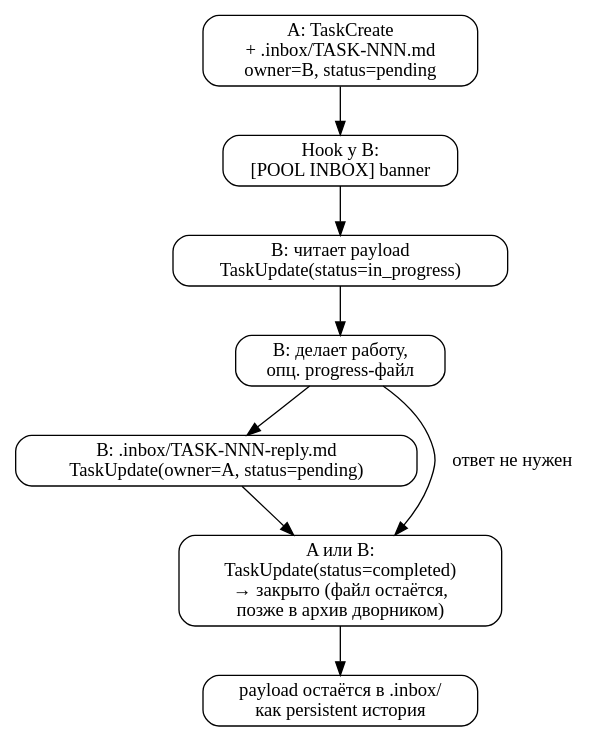
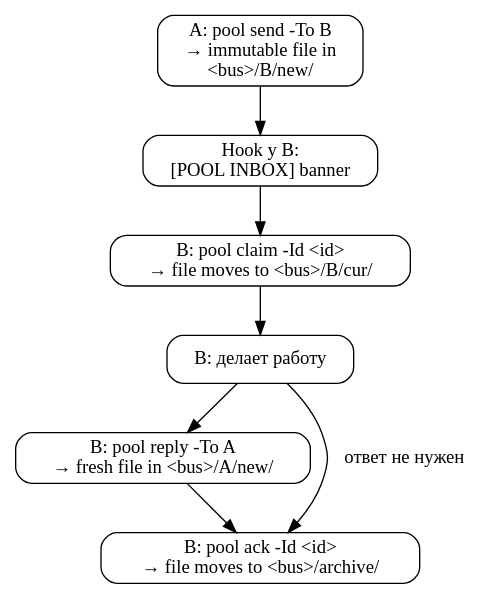
One commit to Dieugene/ai-agent-backed-project-template changed the second of 2 diagrams in docs/pool-communication.md. Above: the diagram before and after it, drawn with Graphviz. The commit also changed other lines of this file and 5 other files, not shown here.

Commit message:
docs(pool-patterns): migrate coordination docs from Tasks API to maildir pool bus

````diff
--- a/docs/pool-communication.md
+++ b/docs/pool-communication.md
@@ -593,17 +567,16 @@
 ```dot
 digraph lifecycle {
   rankdir=TB;
   node [shape=box, style=rounded];
 
-  CREATE [label="A: TaskCreate\n+ .inbox/TASK-NNN.md\nowner=B, status=pending"];
+  SEND [label="A: pool send -To B\n→ immutable file in\n<bus>/B/new/"];
   HOOK [label="Hook у B:\n[POOL INBOX] banner"];
-  ACCEPT [label="B: читает payload\nTaskUpdate(status=in_progress)"];
-  WORK [label="B: делает работу,\nопц. progress-файл"];
-  REPLY [label="B: .inbox/TASK-NNN-reply.md\nTaskUpdate(owner=A, status=pending)"];
-  CLOSE [label="A или B:\nTaskUpdate(status=completed)\n→ закрыто (файл остаётся,\nпозже в архив дворником)"];
-  PERSIST [label="payload остаётся в .inbox/\nкак persistent история"];
+  CLAIM [label="B: pool claim -Id <id>\n→ file moves to <bus>/B/cur/"];
+  WORK [label="B: делает работу"];
+  REPLY [label="B: pool reply -To A\n→ fresh file in <bus>/A/new/"];
+  ACK [label="B: pool ack -Id <id>\n→ file moves to <bus>/archive/"];
 
-  CREATE -> HOOK -> ACCEPT -> WORK -> REPLY -> CLOSE -> PERSIST;
-  WORK -> CLOSE [label="ответ не нужен"];
+  SEND -> HOOK -> CLAIM -> WORK -> REPLY -> ACK;
+  WORK -> ACK [label="ответ не нужен"];
 }
 ```
````
